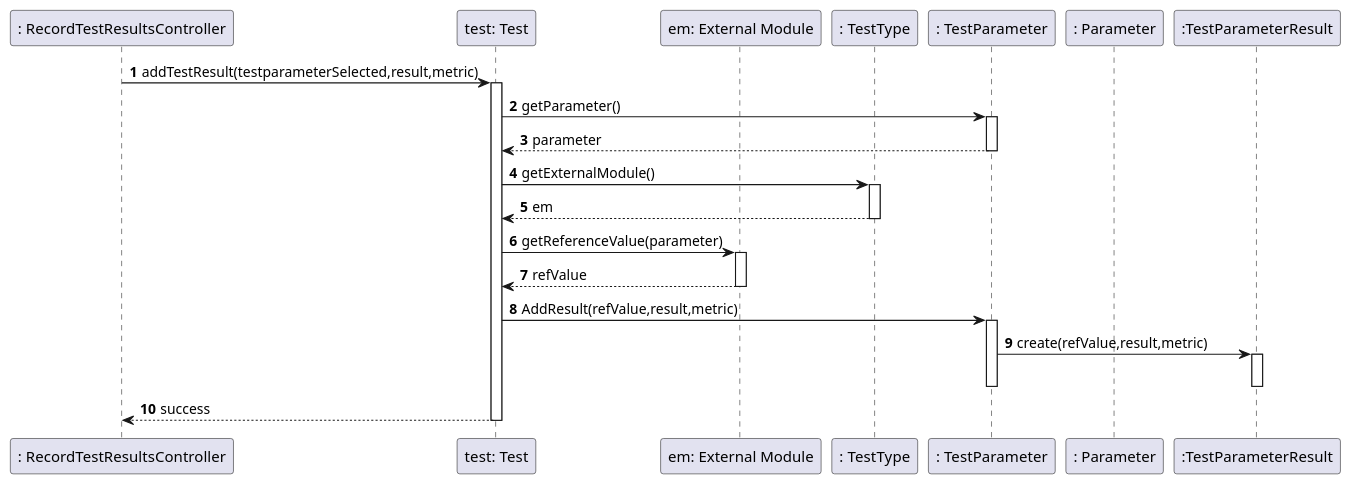
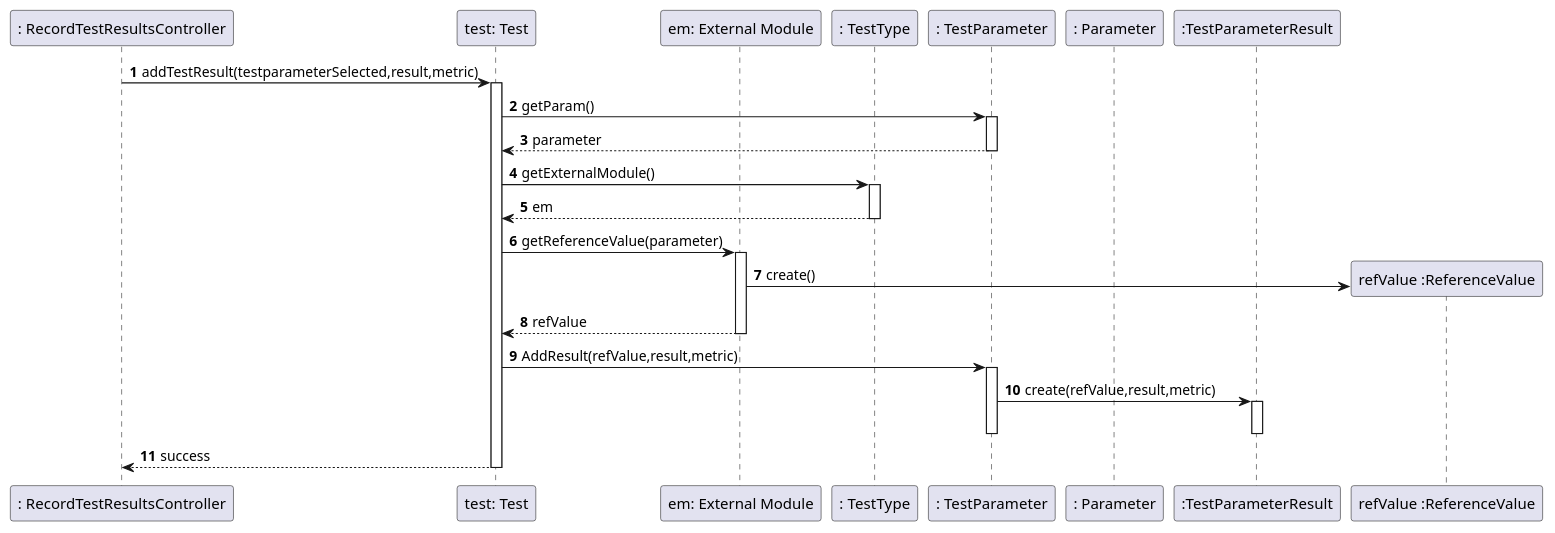
Before and after one commit to manu-07-ela/LAPR2_ISEP: the diagram in docs/SprintC/US12/SD_AddResult.puml, drawn with PlantUML. The commit also changed 7 other files, not shown here.

```diff
--- a/docs/SprintC/US12/SD_AddResult.puml
+++ b/docs/SprintC/US12/SD_AddResult.puml
@@ -1,44 +1,46 @@
 @startuml
 'https://plantuml.com/sequence-diagram
 
 autonumber
 
 participant ": RecordTestResultsController" as CTRL
 participant "test: Test" as Test
 participant "em: External Module" as EM
 participant ": TestType" as TT
 participant ": TestParameter" as TestParam
 participant ": Parameter" as Param
 participant ":TestParameterResult" as TestPResult
+participant "refValue :ReferenceValue" as Ref
 
 
 
 CTRL -> Test : addTestResult(testparameterSelected,result,metric)
 activate Test
-Test -> TestParam : getParameter()
+Test -> TestParam : getParam()
 activate TestParam
 TestParam --> Test : parameter
 deactivate TestParam
 Test -> TT : getExternalModule()
 activate TT
 TT--> Test : em
 deactivate TT
 Test -> EM : getReferenceValue(parameter)
 activate EM
+EM -> Ref** : create()
 EM --> Test : refValue
 deactivate EM
 Test -> TestParam :AddResult(refValue,result,metric)
 activate TestParam
 TestParam -> TestPResult : create(refValue,result,metric)
 activate TestPResult
 deactivate TestPResult
 deactivate TestParam
 
 Test --> CTRL : success
 deactivate Test
 
 
 
 
 
 @enduml
```
